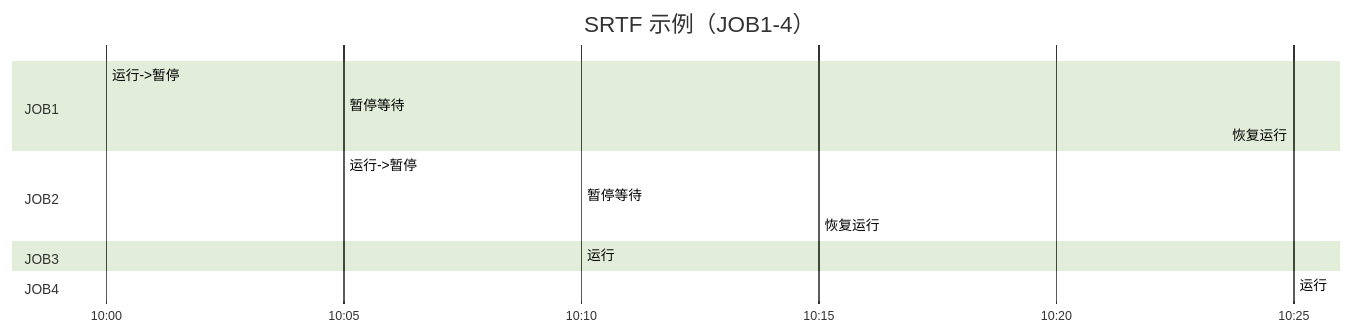
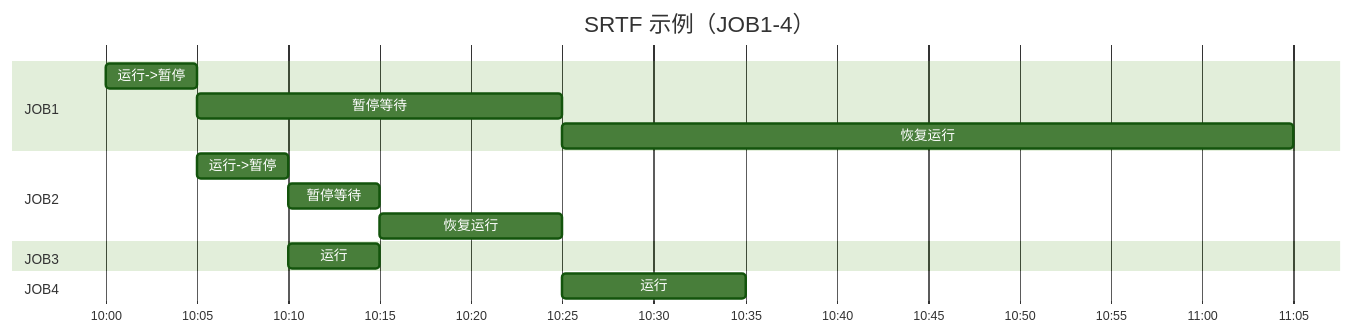
The second of 5 diagrams in topics/操作系统/进程调度算法.md (hicancan/njupt-knowledge), drawn with Mermaid (forest theme) before and after one commit. The commit also changed other lines of this file and 98 other files, not shown here.

Commit message:
fix(content): upgrade docstream to v0.11.0 and clean math, diagrams and HTML

````diff
--- a/topics/操作系统/进程调度算法.md
+++ b/topics/操作系统/进程调度算法.md
@@ -61,18 +61,18 @@
 ```mermaid
 gantt
     title SRTF 示例（JOB1-4）
     dateFormat HH:mm
     axisFormat %H:%M
     section JOB1
-    运行->暂停  :p1a, 10:00, 5min
-    暂停等待    :p1w, 10:05, 20min
-    恢复运行    :p1b, 10:25, 40min
+    运行->暂停  :p1a, 10:00, 5m
+    暂停等待    :p1w, 10:05, 20m
+    恢复运行    :p1b, 10:25, 40m
     section JOB2
-    运行->暂停  :p2a, 10:05, 5min
-    暂停等待    :p2w, 10:10, 5min
-    恢复运行    :p2b, 10:15, 10min
+    运行->暂停  :p2a, 10:05, 5m
+    暂停等待    :p2w, 10:10, 5m
+    恢复运行    :p2b, 10:15, 10m
     section JOB3
-    运行        :p3, 10:10, 5min
+    运行        :p3, 10:10, 5m
     section JOB4
-    运行        :p4, 10:25, 10min
+    运行        :p4, 10:25, 10m
 ```
````
